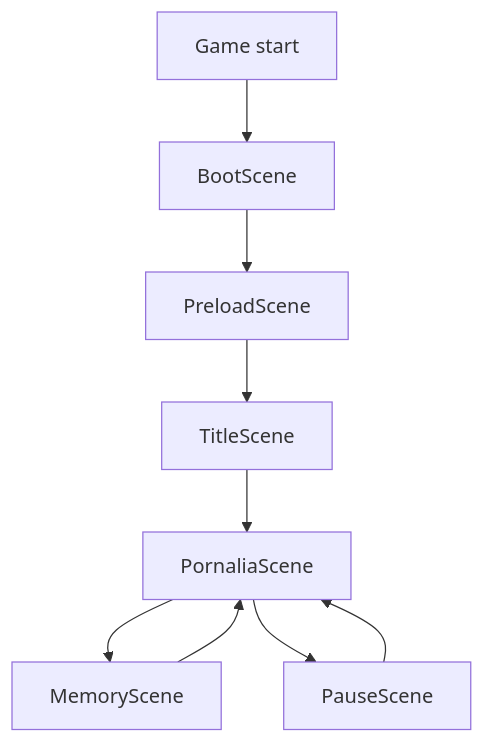
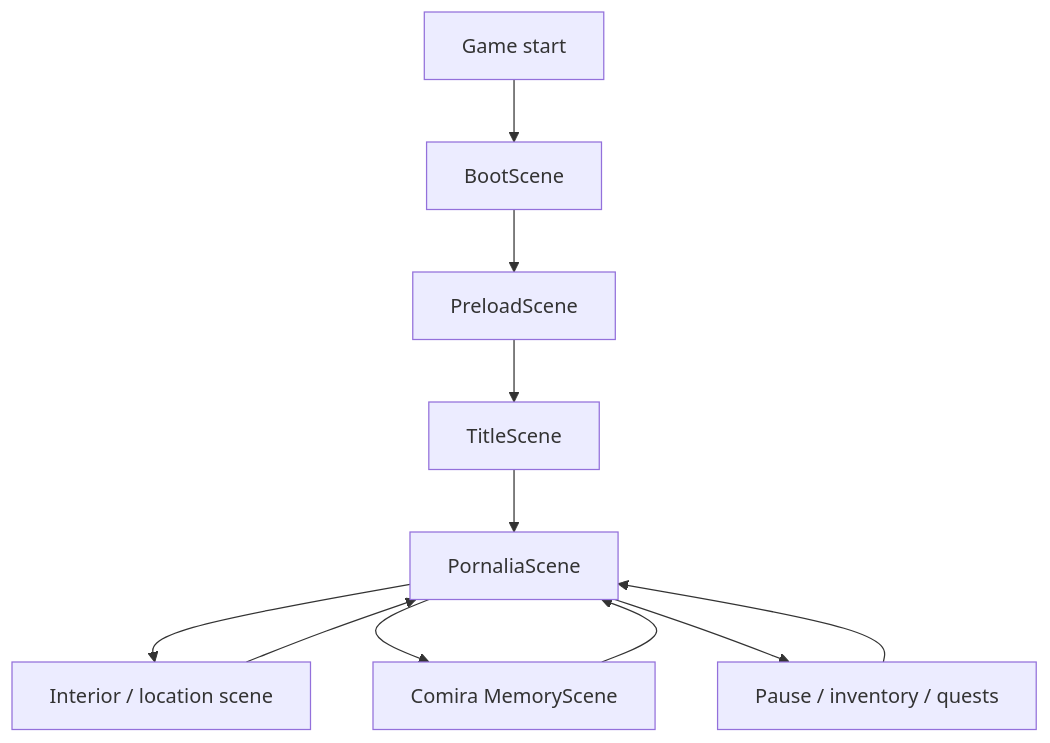
The second of 5 diagrams in README.md (altairrojas/the-legend-of-comira), drawn with Mermaid before and after one commit. The commit also changed other lines of this file, not shown here.

````diff
--- a/README.md
+++ b/README.md
@@ -71,11 +158,13 @@
 ```mermaid
 graph TD;
     Start["Game start"] --> Boot["BootScene"];
     Boot --> Preload["PreloadScene"];
     Preload --> Title["TitleScene"];
     Title --> Pornalia["PornaliaScene"];
-    Pornalia --> Memory["MemoryScene"];
+    Pornalia --> Interior["Interior / location scene"];
+    Interior --> Pornalia;
+    Pornalia --> Memory["Comira MemoryScene"];
     Memory --> Pornalia;
-    Pornalia --> Pause["PauseScene"];
+    Pornalia --> Pause["Pause / inventory / quests"];
     Pause --> Pornalia;
 ```
````
